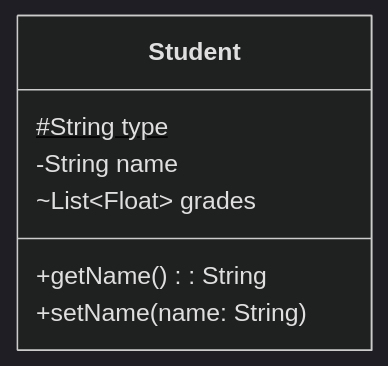
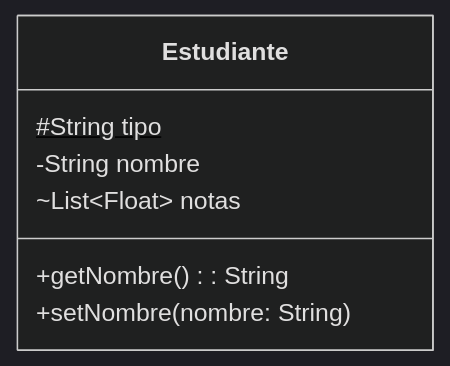
The first of 9 diagrams in README.md (gerardfp/uml), drawn with Mermaid (dark theme) before and after one commit. The commit also changed other lines of this file, not shown here.

````diff
--- a/README.md
+++ b/README.md
@@ -44,10 +44,10 @@
 ```mermaid
       classDiagram
-        class Student {
-          #String type$
-          -String name
-          ~List~Float~ grades
-          +getName(): String
-          +setName(name: String)
+        class Estudiante {
+          #String tipo$
+          -String nombre
+          ~List~Float~ notas
+          +getNombre(): String
+          +setNombre(nombre: String)
         }
 ```
````
